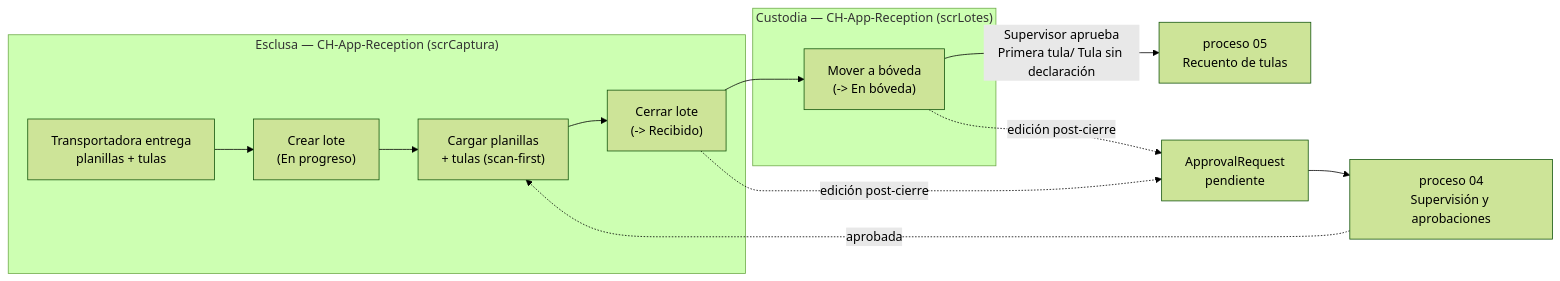
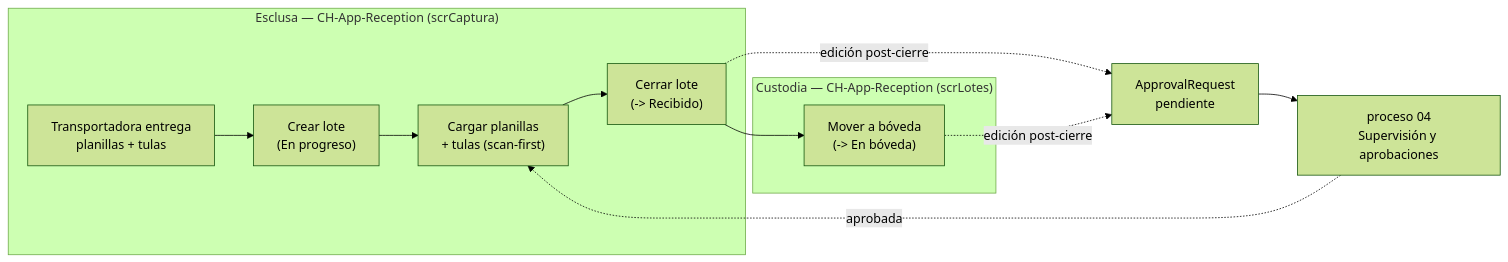
One commit to randy-kauffman/CashHub changed the first of 3 diagrams in docs/procesos/03-recepcion-tulas-esclusa.md. Above: the diagram before and after it, drawn with Mermaid (forest theme). The commit also changed other lines of this file and 7 other files, not shown here.

````diff
--- a/docs/procesos/03-recepcion-tulas-esclusa.md
+++ b/docs/procesos/03-recepcion-tulas-esclusa.md
@@ -38,16 +30,15 @@
 ```mermaid
 flowchart LR
     subgraph esclusa["Esclusa — CH-App-Reception (scrCaptura)"]
         A["Transportadora entrega\nplanillas + tulas"] --> B["Crear lote\n(En progreso)"]
         B --> C["Cargar planillas\n+ tulas (scan-first)"]
         C --> D["Cerrar lote\n(-> Recibido)"]
     end
     subgraph boveda["Custodia — CH-App-Reception (scrLotes)"]
         D --> E["Mover a bóveda\n(-> En bóveda)"]
     end
-    E -->|"Supervisor aprueba\nPrimera tula/ Tula sin declaración"| F["proceso 05\nRecuento de tulas"]
     D -.->|"edición post-cierre"| G["ApprovalRequest\npendiente"]
     E -.->|"edición post-cierre"| G
     G --> H["proceso 04\nSupervisión y aprobaciones"]
     H -.->|aprobada| C
 ```
````
